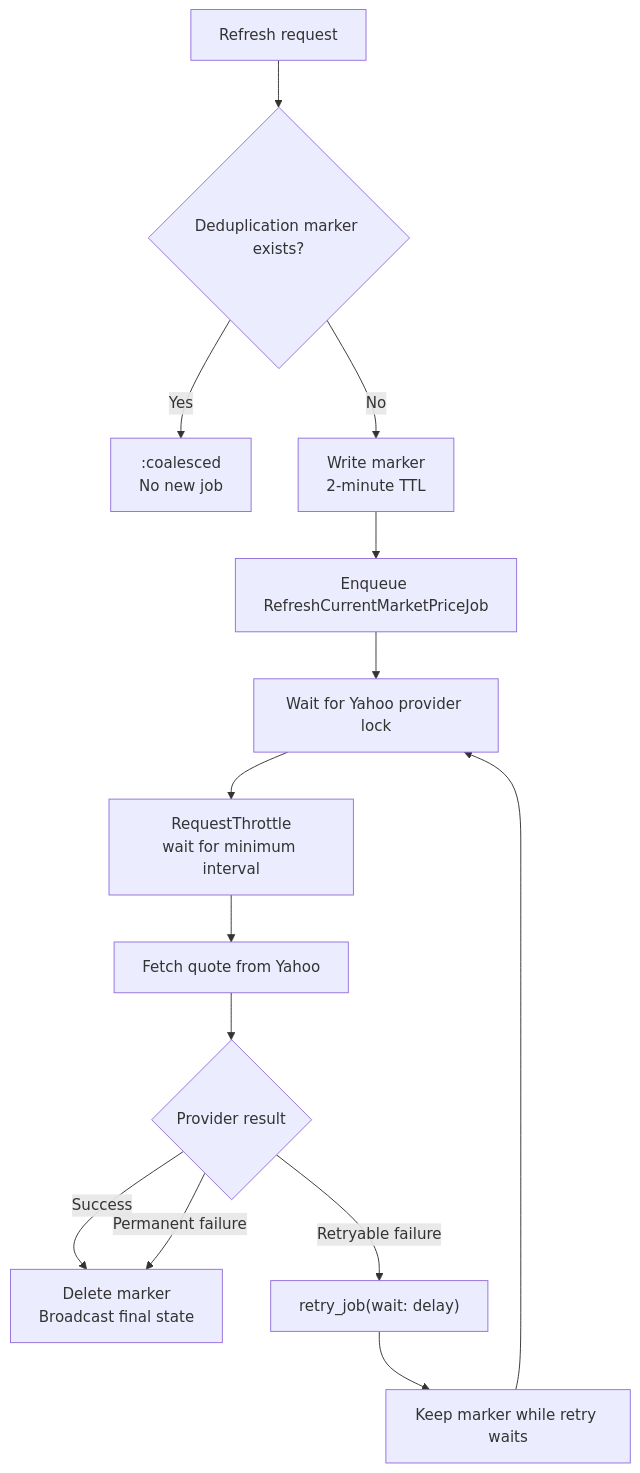
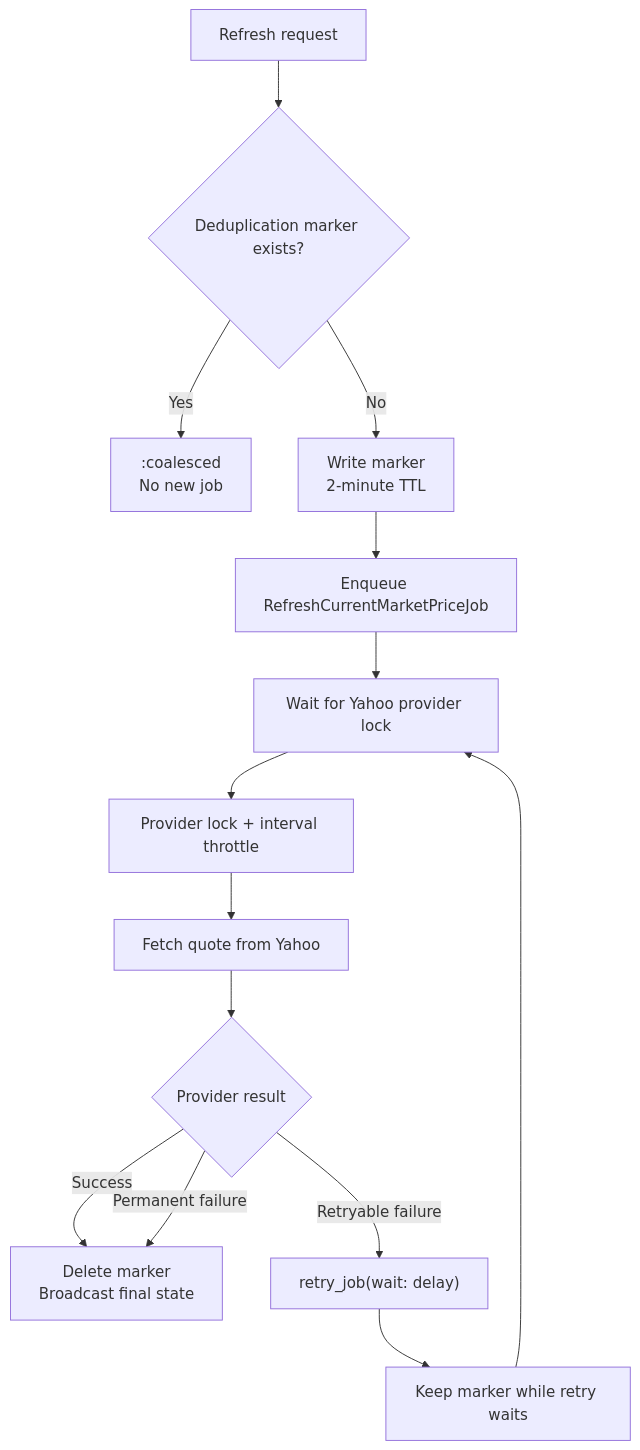
Before and after one commit to HenriqueMorato/caramelo: the third of 3 diagrams in docs/current-market-prices.md, drawn with Mermaid. The commit also changed other lines of this file and 20 other files, not shown here.

````diff
--- a/docs/current-market-prices.md
+++ b/docs/current-market-prices.md
@@ -136,16 +147,16 @@
 ```mermaid
 flowchart TD
   request[Refresh request] --> marker{Deduplication marker exists?}
   marker -->|Yes| coalesced[:coalesced<br/>No new job]
   marker -->|No| mark[Write marker<br/>2-minute TTL]
   mark --> enqueue[Enqueue RefreshCurrentMarketPriceJob]
   enqueue --> lock[Wait for Yahoo provider lock]
-  lock --> throttle[RequestThrottle<br/>wait for minimum interval]
+  lock --> throttle[Provider lock + interval throttle]
   throttle --> fetch[Fetch quote from Yahoo]
   fetch --> result{Provider result}
   result -->|Success| cleanup[Delete marker<br/>Broadcast final state]
   result -->|Permanent failure| cleanup
   result -->|Retryable failure| retry["retry_job(wait: delay)"]
   retry --> retained[Keep marker while retry waits]
   retained --> lock
 ```
````
